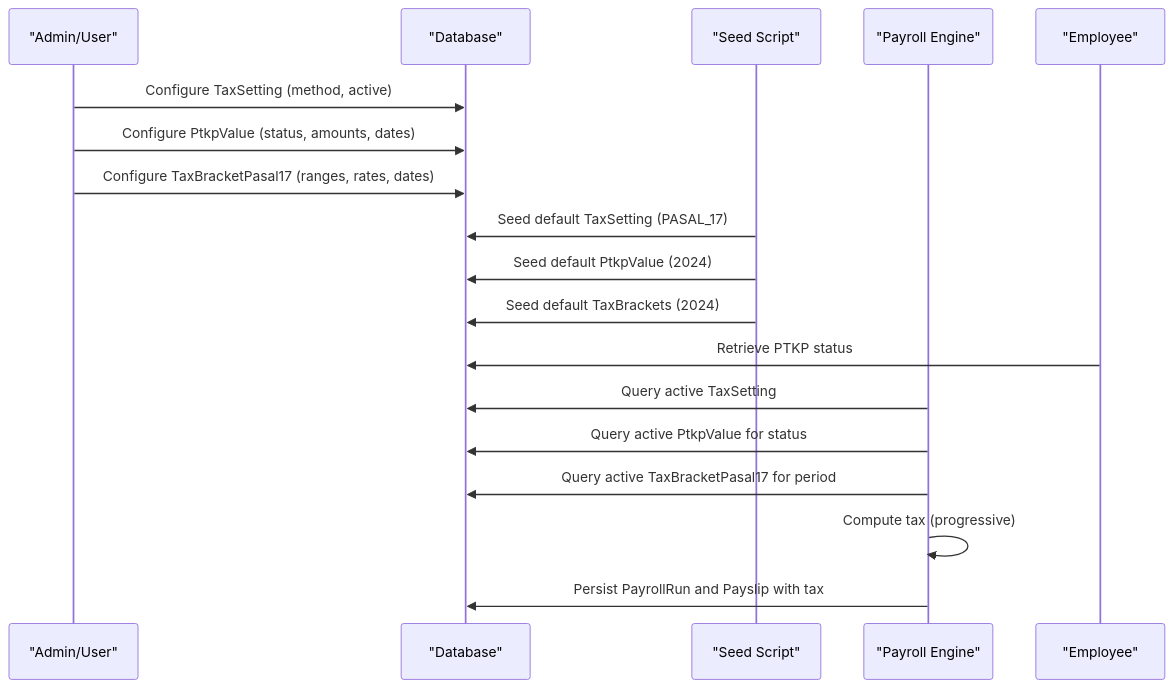
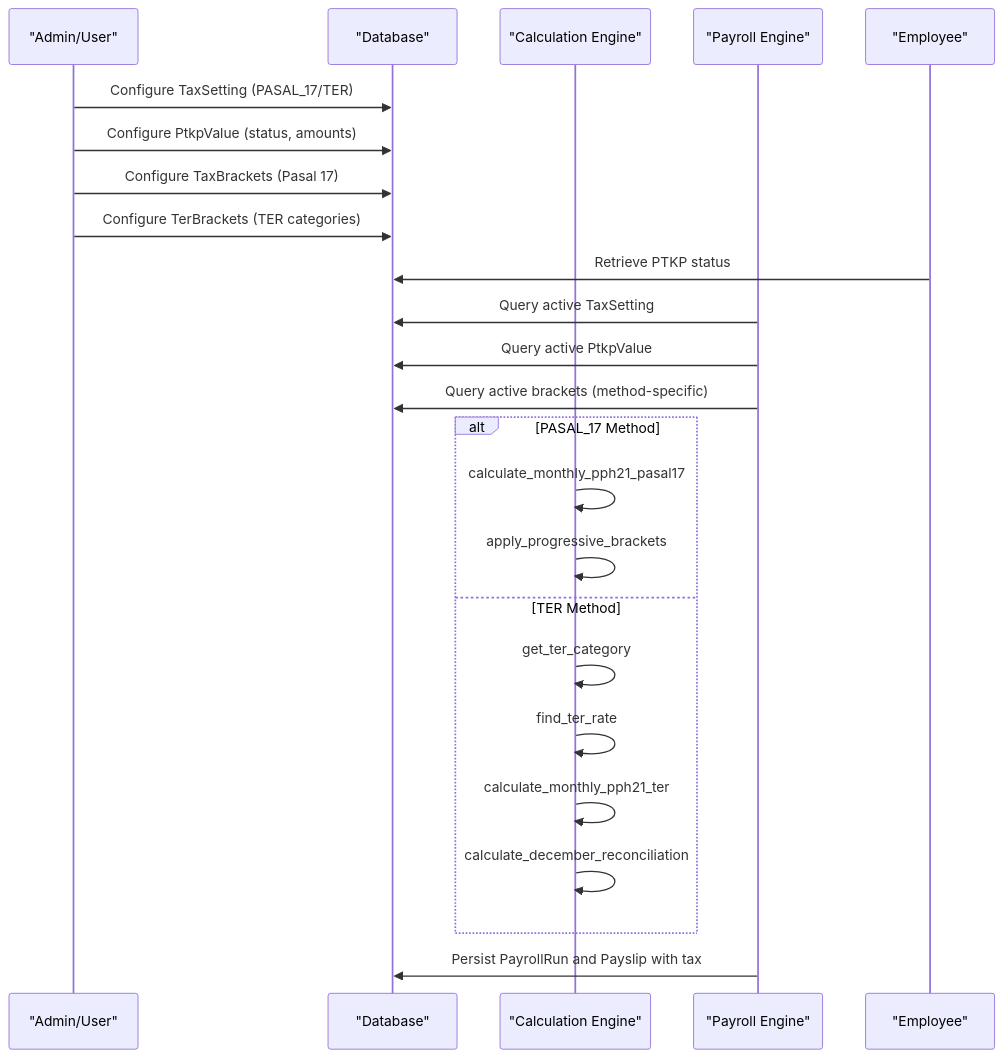
One commit to bikinaplikasipakeqoder-dot/payroll-hris changed the second of 7 diagrams in .qoder/repowiki/en/content/Tax Compliance.md. Above: the diagram before and after it, drawn with Mermaid. The commit also changed other lines of this file and 22 other files, not shown here.

````diff
--- a/.qoder/repowiki/en/content/Tax Compliance.md
+++ b/.qoder/repowiki/en/content/Tax Compliance.md
@@ -114,20 +138,26 @@
 ```mermaid
 sequenceDiagram
 participant Admin as "Admin/User"
 participant DB as "Database"
-participant Seed as "Seed Script"
+participant Calc as "Calculation Engine"
 participant Payroll as "Payroll Engine"
 participant Emp as "Employee"
-Admin->>DB : Configure TaxSetting (method, active)
-Admin->>DB : Configure PtkpValue (status, amounts, dates)
-Admin->>DB : Configure TaxBracketPasal17 (ranges, rates, dates)
-Seed->>DB : Seed default TaxSetting (PASAL_17)
-Seed->>DB : Seed default PtkpValue (2024)
-Seed->>DB : Seed default TaxBrackets (2024)
+Admin->>DB : Configure TaxSetting (PASAL_17/TER)
+Admin->>DB : Configure PtkpValue (status, amounts)
+Admin->>DB : Configure TaxBrackets (Pasal 17)
+Admin->>DB : Configure TerBrackets (TER categories)
 Emp->>DB : Retrieve PTKP status
 Payroll->>DB : Query active TaxSetting
-Payroll->>DB : Query active PtkpValue for status
-Payroll->>DB : Query active TaxBracketPasal17 for period
-Payroll->>Payroll : Compute tax (progressive)
+Payroll->>DB : Query active PtkpValue
+Payroll->>DB : Query active brackets (method-specific)
+alt PASAL_17 Method
+Calc->>Calc : calculate_monthly_pph21_pasal17
+Calc->>Calc : apply_progressive_brackets
+else TER Method
+Calc->>Calc : get_ter_category
+Calc->>Calc : find_ter_rate
+Calc->>Calc : calculate_monthly_pph21_ter
+Calc->>Calc : calculate_december_reconciliation
+end
 Payroll->>DB : Persist PayrollRun and Payslip with tax
 ```
````
